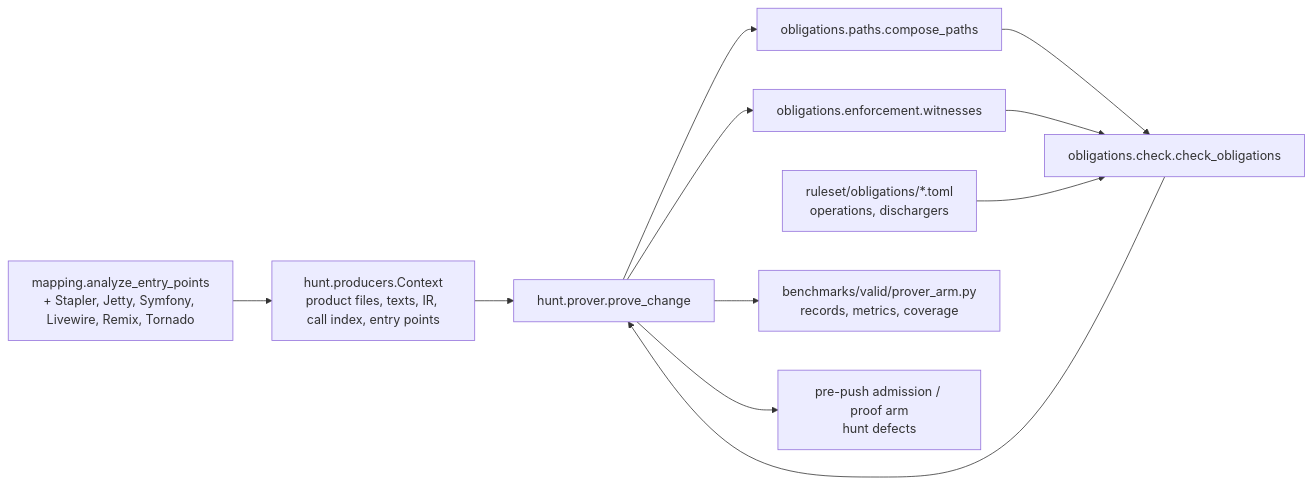
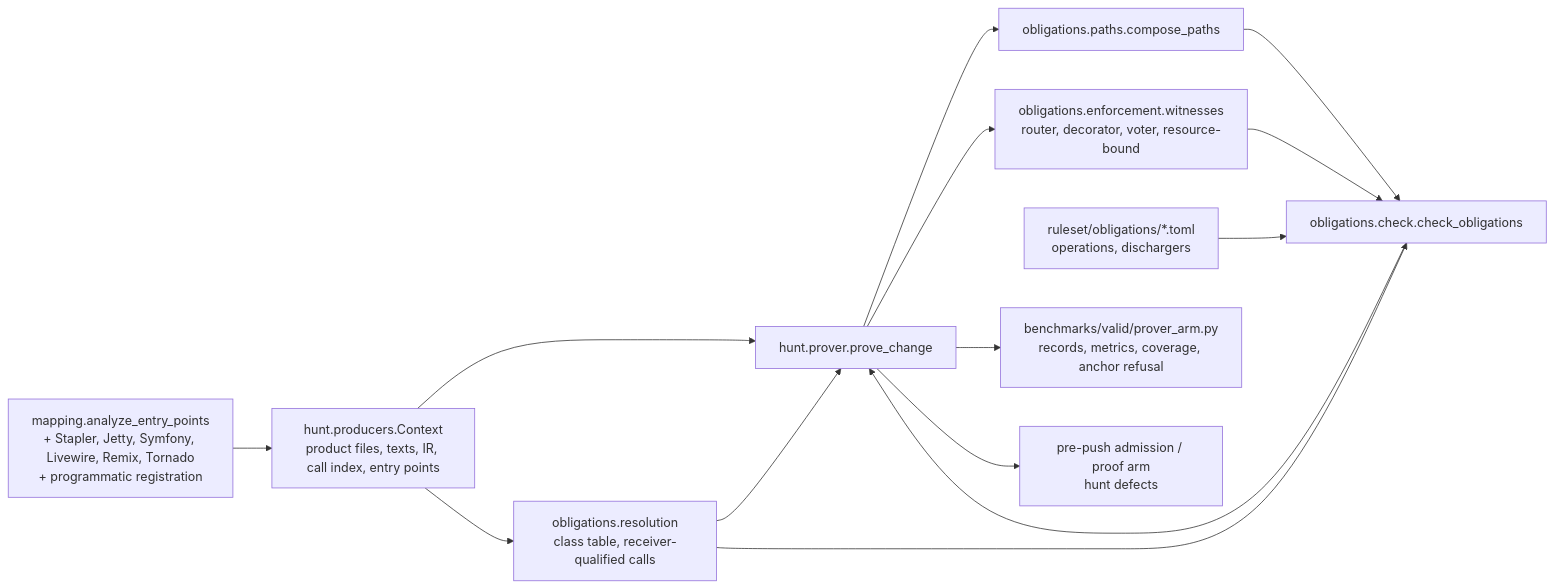
One commit to norandom/OpenUltraSAST changed the first of 2 diagrams in .kiro/specs/access-control-prover/design.md. Above: the diagram before and after it, drawn with Mermaid. The commit also changed other lines of this file and 2 other files, not shown here.

Commit message:
docs(spec) access-control-prover: design amendment -- resolution, resource-bound guards, programmatic registration

````diff
--- a/.kiro/specs/access-control-prover/design.md
+++ b/.kiro/specs/access-control-prover/design.md
@@ -61,13 +73,16 @@
 ```mermaid
 flowchart LR
   C[hunt.producers.Context\nproduct files, texts, IR, call index, entry points] --> P[hunt.prover.prove_change]
-  M[mapping.analyze_entry_points\n+ Stapler, Jetty, Symfony, Livewire, Remix, Tornado] --> C
+  M[mapping.analyze_entry_points\n+ Stapler, Jetty, Symfony, Livewire, Remix, Tornado\n+ programmatic registration] --> C
+  C --> RES[obligations.resolution\nclass table, receiver-qualified calls]
+  RES --> P
   P --> PA[obligations.paths.compose_paths]
-  P --> EN[obligations.enforcement.witnesses]
+  P --> EN[obligations.enforcement.witnesses\nrouter, decorator, voter, resource-bound]
   PA --> CK[obligations.check.check_obligations]
   EN --> CK
+  RES --> CK
   F[ruleset/obligations/*.toml\noperations, dischargers] --> CK
   CK --> P
-  P --> R[benchmarks/valid/prover_arm.py\nrecords, metrics, coverage]
+  P --> R[benchmarks/valid/prover_arm.py\nrecords, metrics, coverage, anchor refusal]
   P --> H[pre-push admission / proof arm\nhunt defects]
 ```
````
